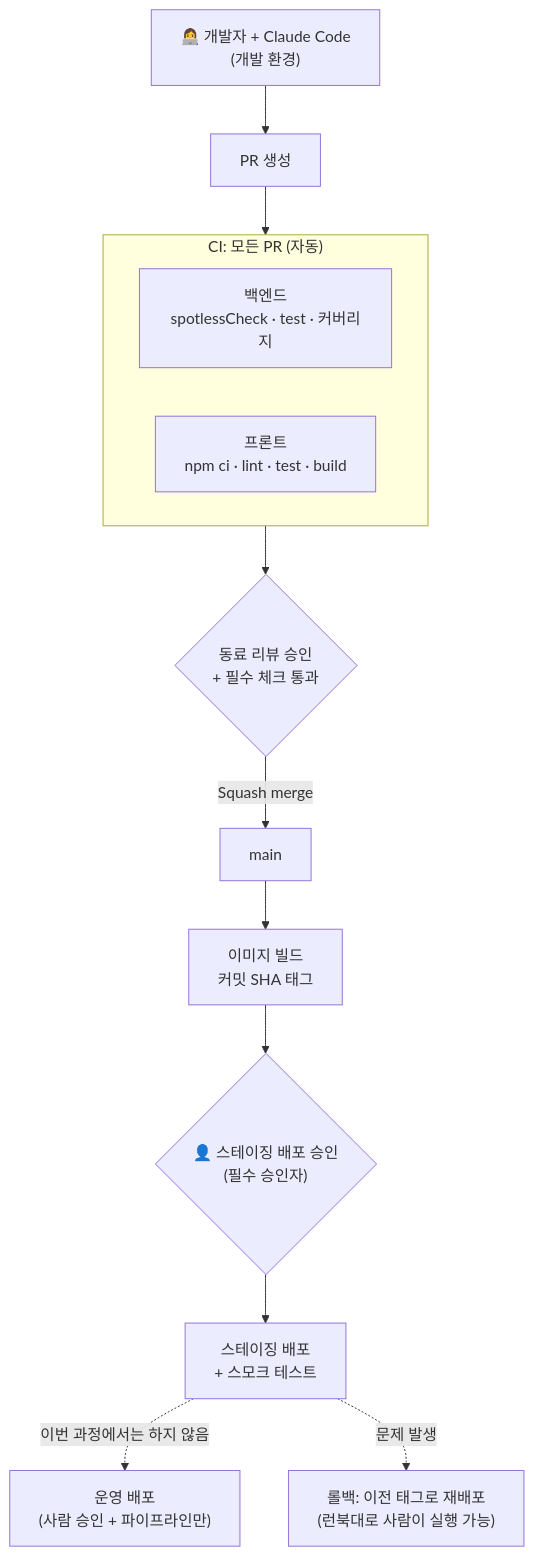
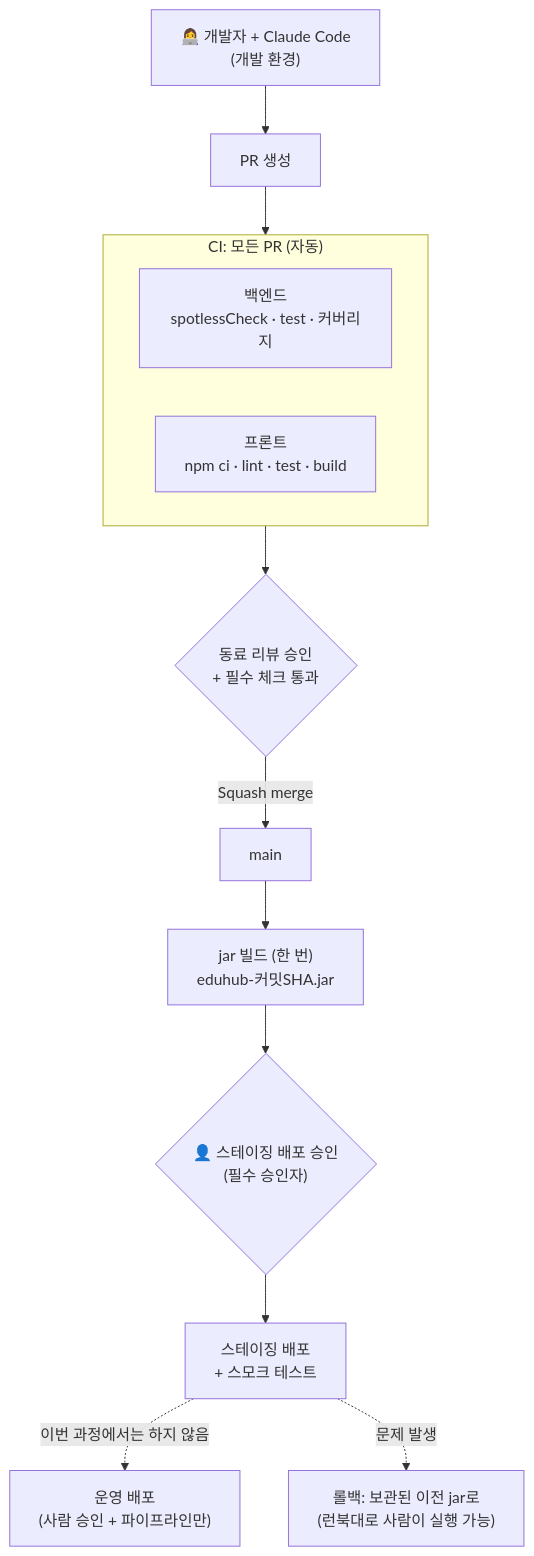
The fourth of 10 diagrams in sessions/session-07-cicd-framework-tokens.md (lucky-sugar-park/claude-edu), drawn with Mermaid before and after one commit. The commit also changed other lines of this file, not shown here.

First line of the commit message:
docs: 7회차 백엔드 스테이징 배포를 jar + self-hosted runner(작업 스케줄러)로 바꾸고, 운영 구성(이미지·스테이징/운영 분리·러너 이름표)은 그림으로 설명

````diff
--- a/sessions/session-07-cicd-framework-tokens.md
+++ b/sessions/session-07-cicd-framework-tokens.md
@@ -271,17 +271,17 @@
 ```mermaid
 flowchart TD
     DEV["👩‍💻 개발자 + Claude Code<br/>(개발 환경)"] --> PR["PR 생성"]
     PR --> CI
     subgraph CI["CI: 모든 PR (자동)"]
         direction LR
         B["백엔드<br/>spotlessCheck · test · 커버리지"]
         F["프론트<br/>npm ci · lint · test · build"]
     end
     CI --> REV{"동료 리뷰 승인<br/>+ 필수 체크 통과"}
     REV -- "Squash merge" --> MAIN["main"]
-    MAIN --> IMG["이미지 빌드<br/>커밋 SHA 태그"]
+    MAIN --> IMG["jar 빌드 (한 번)<br/>eduhub-커밋SHA.jar"]
     IMG --> APPROVE{"👤 스테이징 배포 승인<br/>(필수 승인자)"}
     APPROVE --> STG["스테이징 배포<br/>+ 스모크 테스트"]
     STG -. "이번 과정에서는 하지 않음" .-> PROD["운영 배포<br/>(사람 승인 + 파이프라인만)"]
-    STG -. "문제 발생" .-> RB["롤백: 이전 태그로 재배포<br/>(런북대로 사람이 실행 가능)"]
+    STG -. "문제 발생" .-> RB["롤백: 보관된 이전 jar로<br/>(런북대로 사람이 실행 가능)"]
 ```
````
